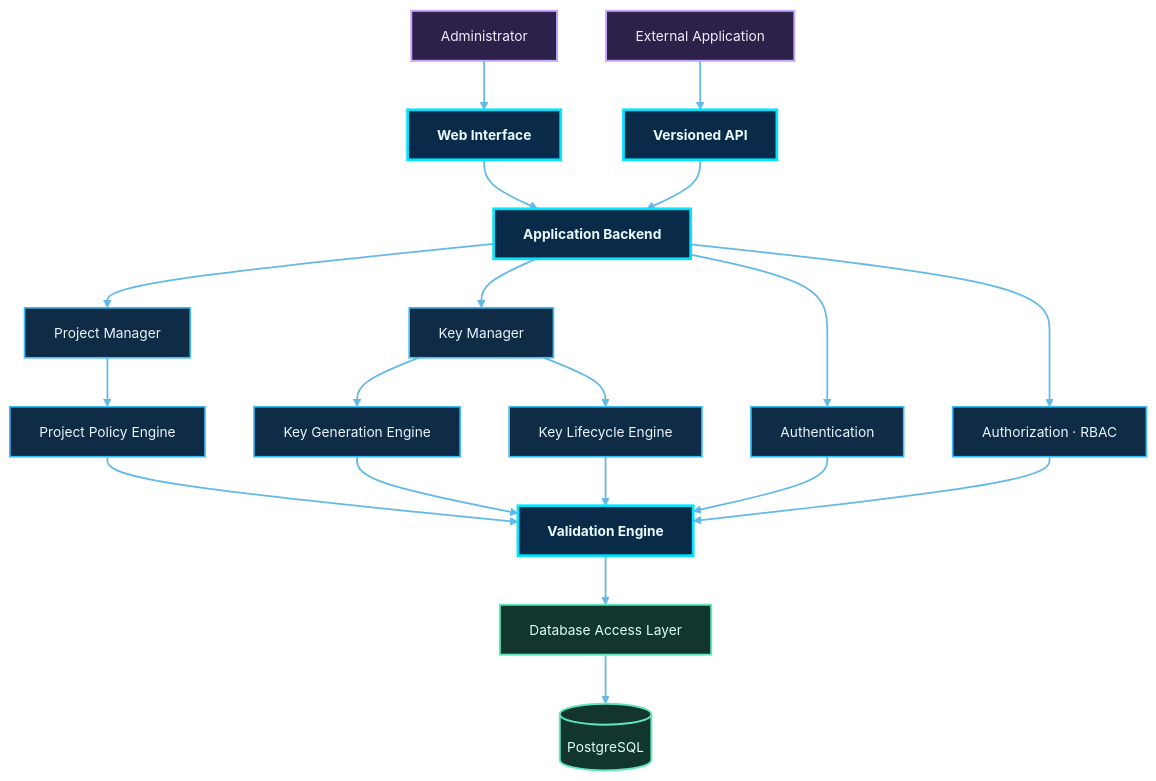
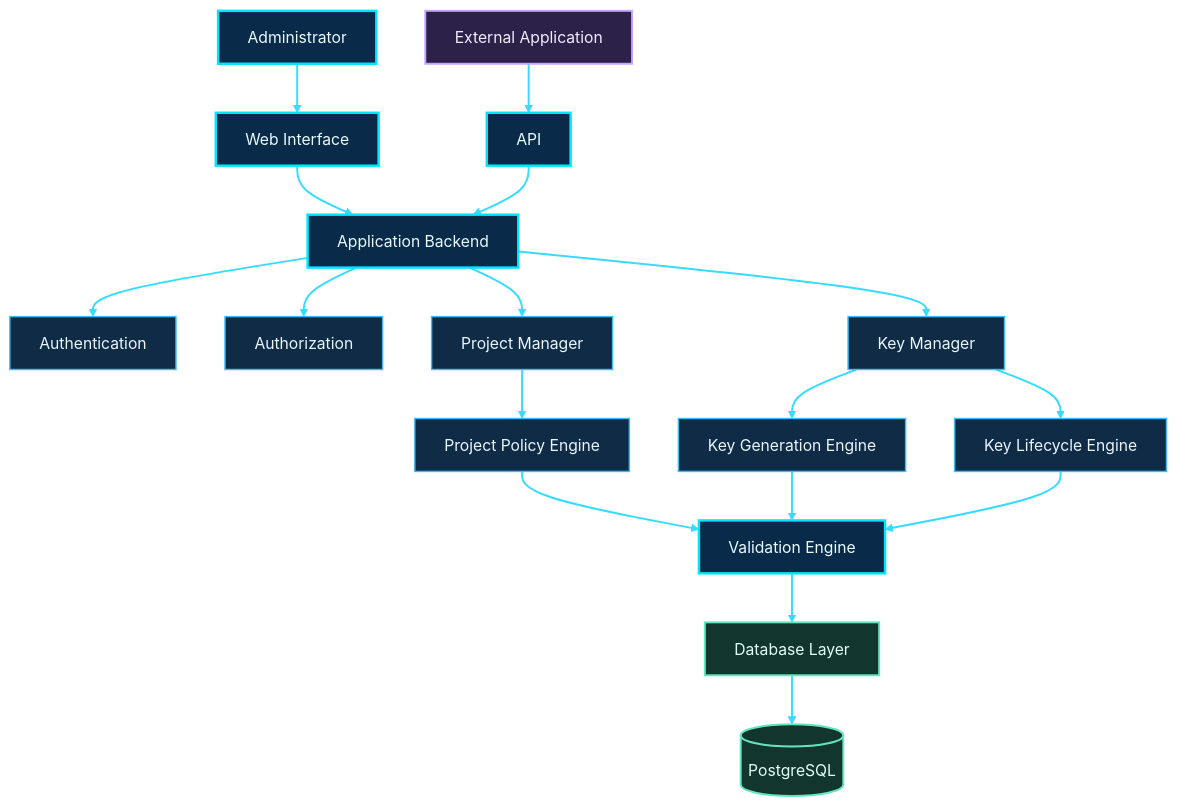
One commit to shajeduzzamanenan992008inc/NexOra-Database-key-Gen changed the fourth of 23 diagrams in README.md. Above: the diagram before and after it, drawn with Mermaid. The commit also changed other lines of this file, not shown here.

````diff
--- a/README.md
+++ b/README.md
@@ -532,43 +526,42 @@
 ```mermaid
-%%{init: {"theme":"base","themeVariables":{"darkMode":true,"background":"#07111f","primaryColor":"#102744","primaryTextColor":"#e8f7ff","primaryBorderColor":"#00d9ff","lineColor":"#62b9e8","secondaryColor":"#261d45","secondaryTextColor":"#f3eaff","secondaryBorderColor":"#a78bfa","tertiaryColor":"#12332b","tertiaryTextColor":"#e0fff1","tertiaryBorderColor":"#41e6a2","fontFamily":"Inter, Segoe UI, sans-serif","fontSize":"14px","edgeLabelBackground":"#101d34","mainBkg":"#102744","nodeBorder":"#00d9ff","clusterBkg":"#0b1930","clusterBorder":"#6f7dff","actorBkg":"#102744","actorBorder":"#00d9ff","actorTextColor":"#e8f7ff","signalColor":"#64d8ff","signalTextColor":"#e8f7ff","noteBkgColor":"#0e332b","noteBorderColor":"#41e6a2","noteTextColor":"#e0fff1"}}}%%
-flowchart TB
-    ADMIN["Administrator"] --> UI["Web Interface"]
-    UI --> APP["Application Backend"]
-    EXT["External Application"] --> API["Versioned API"]
-    API --> APP
+flowchart TD
+    A["Administrator"] --> B["Web Interface"]
+    B --> C["Application Backend"]
 
-    APP --> AUTH["Authentication"]
-    APP --> RBAC["Authorization · RBAC"]
-    APP --> PM["Project Manager"]
-    APP --> KM["Key Manager"]
+    C --> D["Authentication"]
+    C --> E["Authorization"]
+    C --> F["Project Manager"]
+    C --> G["Key Manager"]
 
-    PM --> PP["Project Policy Engine"]
-    KM --> KG["Key Generation Engine"]
-    KM --> KL["Key Lifecycle Engine"]
+    F --> H["Project Policy Engine"]
+    G --> I["Key Generation Engine"]
+    G --> J["Key Lifecycle Engine"]
 
-    PP --> VALID["Validation Engine"]
-    KG --> VALID
-    KL --> VALID
-    AUTH --> VALID
-    RBAC --> VALID
+    H --> K["Validation Engine"]
+    I --> K
+    J --> K
 
-    VALID --> DAL["Database Access Layer"]
-    DAL --> DB[("PostgreSQL")]
+    K --> L["Database Layer"]
 
+    M["External Application"] --> N["API"]
+    N --> C
 
-    %% OMEGA NEX-ORA · ULTRA NEON DESIGN SYSTEM
-    classDef nxCore fill:#092b49,stroke:#00e5ff,stroke-width:2.8px,color:#e9fbff,font-weight:bold;
-    classDef nxProcess fill:#102b45,stroke:#3dbcf5,stroke-width:1.7px,color:#e9f6ff;
-    classDef nxDecision fill:#2b2050,stroke:#b38cff,stroke-width:2.2px,color:#f3edff,font-weight:bold;
-    classDef nxSuccess fill:#0d3b2c,stroke:#3fffa0,stroke-width:2.2px,color:#e0fff0,font-weight:bold;
-    classDef nxDanger fill:#451d30,stroke:#ff6688,stroke-width:2.2px,color:#fff0f3,font-weight:bold;
+    L --> O[("PostgreSQL")]
+
+    %% OMEGA NEX-ORA visual classes
+    %% OMEGA NEX-ORA / ULTRA NEON PALETTE
+    classDef nxCore fill:#092b49,stroke:#00e5ff,stroke-width:2.5px,color:#e9fbff;
+    classDef nxProcess fill:#102b45,stroke:#3dbcf5,stroke-width:1.5px,color:#e9f6ff;
+    classDef nxDecision fill:#2b2050,stroke:#b38cff,stroke-width:2px,color:#f3edff;
+    classDef nxSuccess fill:#0d3b2c,stroke:#3fffa0,stroke-width:2px,color:#e0fff0;
+    classDef nxDanger fill:#451d30,stroke:#ff6688,stroke-width:2px,color:#fff0f3;
     classDef nxData fill:#12352d,stroke:#63e6be,stroke-width:2px,color:#e1fff5;
     classDef nxExternal fill:#2b2149,stroke:#c4a5ff,stroke-width:2px,color:#f3ecff;
     classDef nxInfo fill:#17253e,stroke:#91a7c9,stroke-width:1.5px,color:#e5efff;
     classDef nxWarning fill:#453116,stroke:#fbbf24,stroke-width:2px,color:#fff6d6;
-    linkStyle default stroke:#62b9e8,stroke-width:1.8px;
-    class ADMIN,EXT nxExternal;
-    class UI,APP,API,VALID nxCore;
-    class AUTH,RBAC,PM,KM,PP,KG,KL nxProcess;
-    class DAL,DB nxData;
+    class A,B,C,K,N nxCore;
+    class D,E,F,G,H,I,J nxProcess;
+    class L,O nxData;
+    class M nxExternal;
+    linkStyle default stroke:#35dcff,stroke-width:2px;
 ```
````
